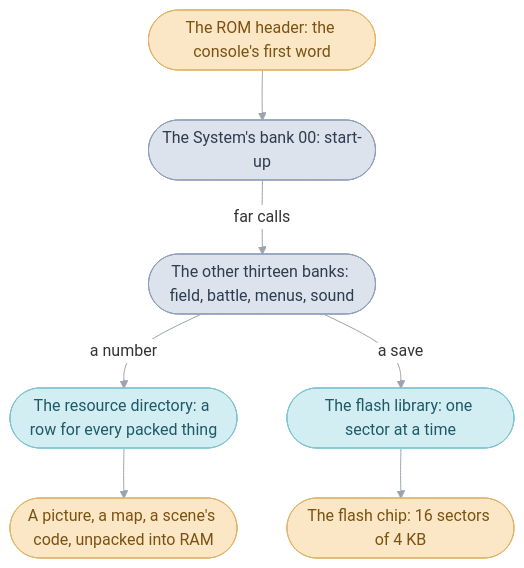
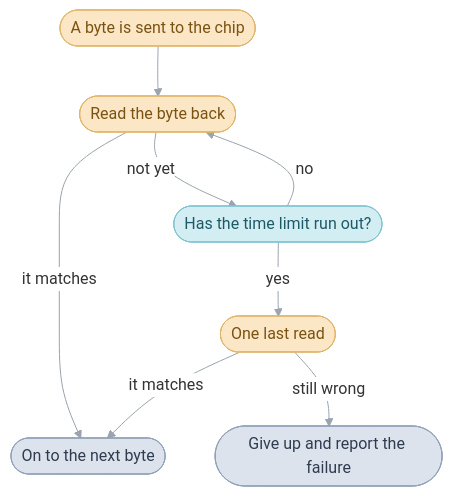
The first of 2 diagrams in games/tbs/src/gamepak/README.md (PascalPixel/alchemy), drawn with Mermaid before and after one commit. The commit also changed other lines of this file and 20 other files, not shown here.

````diff
--- a/games/tbs/src/gamepak/README.md
+++ b/games/tbs/src/gamepak/README.md
@@ -32,16 +262,17 @@
 ```mermaid
 %%{init: {"theme": "base", "themeVariables": {"lineColor": "#9AA3AE", "edgeLabelBackground": "#FFFFFF"}, "flowchart": {"curve": "basis", "padding": 12}}}%%
 flowchart TD
-  header(["The ROM header: the console's first word"]) --> system(["The System's bank 00: start-up"])
-  system -- "far calls" --> banks(["The other thirteen banks: field, battle, menus, sound"])
-  banks -- "a number" --> directory(["The resource directory: a row for every packed thing"])
-  directory --> packed(["A picture, a map, a scene's code, unpacked into RAM"])
-  banks -- "a save" --> flash(["The flash library: one sector at a time"])
-  flash --> chip(["The flash chip: 16 sectors of 4 KB"])
-  classDef image fill:#DDE3EC,stroke:#8FA0B8,color:#2E3C50
+  send(["A byte is sent to the chip"]) --> read(["Read the byte back"])
+  read -- "it matches" --> done(["On to the next byte"])
+  read -- "not yet" --> time(["Has the time limit run out?"])
+  time -- "no" --> read
+  time -- "yes" --> last(["One last read"])
+  last -- "it matches" --> done
+  last -- "still wrong" --> fail(["Give up and report the failure"])
   classDef table fill:#D2EEF3,stroke:#7FC3D0,color:#1E5966
   classDef hardware fill:#FBE7C6,stroke:#E0B46A,color:#7A5212
-  class system,banks image
-  class directory,flash table
-  class header,packed,chip hardware
+  classDef image fill:#DDE3EC,stroke:#8FA0B8,color:#2E3C50
+  class send,read,last hardware
+  class time table
+  class done,fail image
 ```
````
